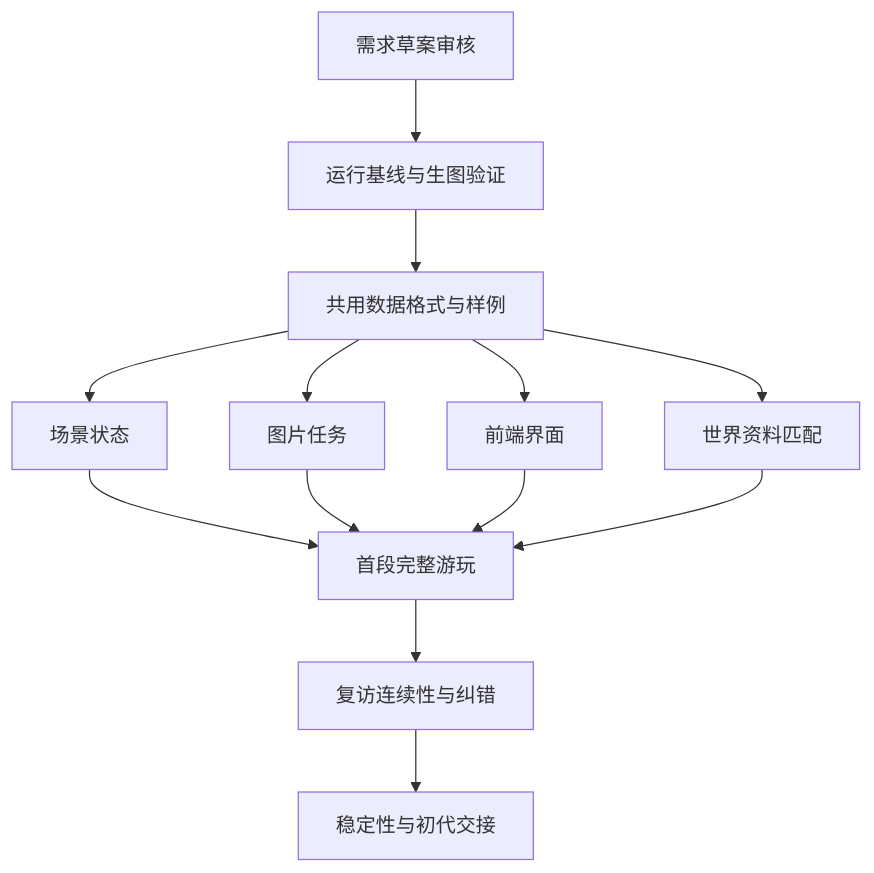
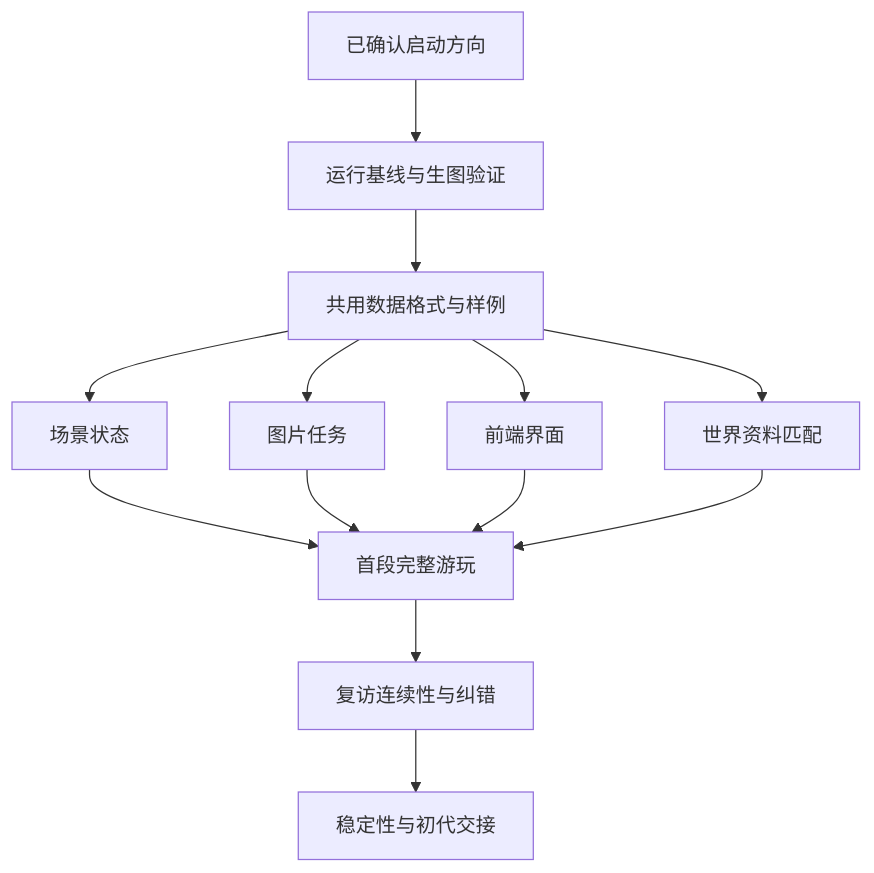
Before and after one commit to L-core-dev-team/Nine-cloud-Yingjie: the diagram in docs/parallel-workstreams.md, drawn with Mermaid. The commit also changed 6 other files, not shown here.

````diff
--- a/docs/parallel-workstreams.md
+++ b/docs/parallel-workstreams.md
@@ -13,15 +13,15 @@
 ```mermaid
 flowchart TD
-  A[需求草案审核] --> B[运行基线与生图验证]
+  A[已确认启动方向] --> B[运行基线与生图验证]
   B --> C[共用数据格式与样例]
   C --> D[场景状态]
   C --> E[图片任务]
   C --> F[前端界面]
   C --> G[世界资料匹配]
   D --> H[首段完整游玩]
   E --> H
   F --> H
   G --> H
   H --> I[复访连续性与纠错]
   I --> J[稳定性与初代交接]
 ```
````
